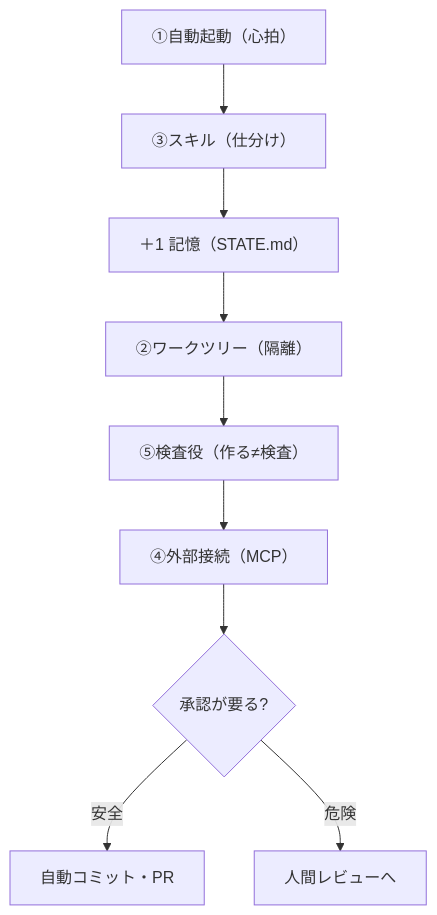
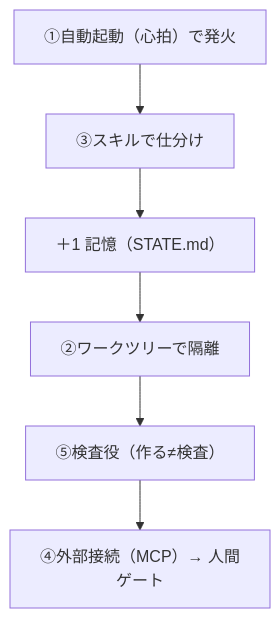
Before and after one commit to Daisuke134/anicca: the fifth of 7 diagrams in docs/articles/2026-06-27-loop-engineering-jp.md, drawn with Mermaid.

Commit message:
anatomy diagram: 6-node vertical chain (readable + not oversized in X 587px column)

````diff
--- a/docs/articles/2026-06-27-loop-engineering-jp.md
+++ b/docs/articles/2026-06-27-loop-engineering-jp.md
@@ -113,6 +113,4 @@
 ```mermaid
 flowchart TD
-  A["①自動起動（心拍）"] --> B["③スキル（仕分け）"] --> M["＋1 記憶（STATE.md）"] --> W["②ワークツリー（隔離）"] --> S["⑤検査役（作る≠検査）"] --> X["④外部接続（MCP）"] --> Q{"承認が要る?"}
-  Q -->|"安全"| P["自動コミット・PR"]
-  Q -->|"危険"| H["人間レビューへ"]
+  A["①自動起動（心拍）で発火"] --> B["③スキルで仕分け"] --> M["＋1 記憶（STATE.md）"] --> W["②ワークツリーで隔離"] --> S["⑤検査役（作る≠検査）"] --> X["④外部接続（MCP）→ 人間ゲート"]
 ```
````
